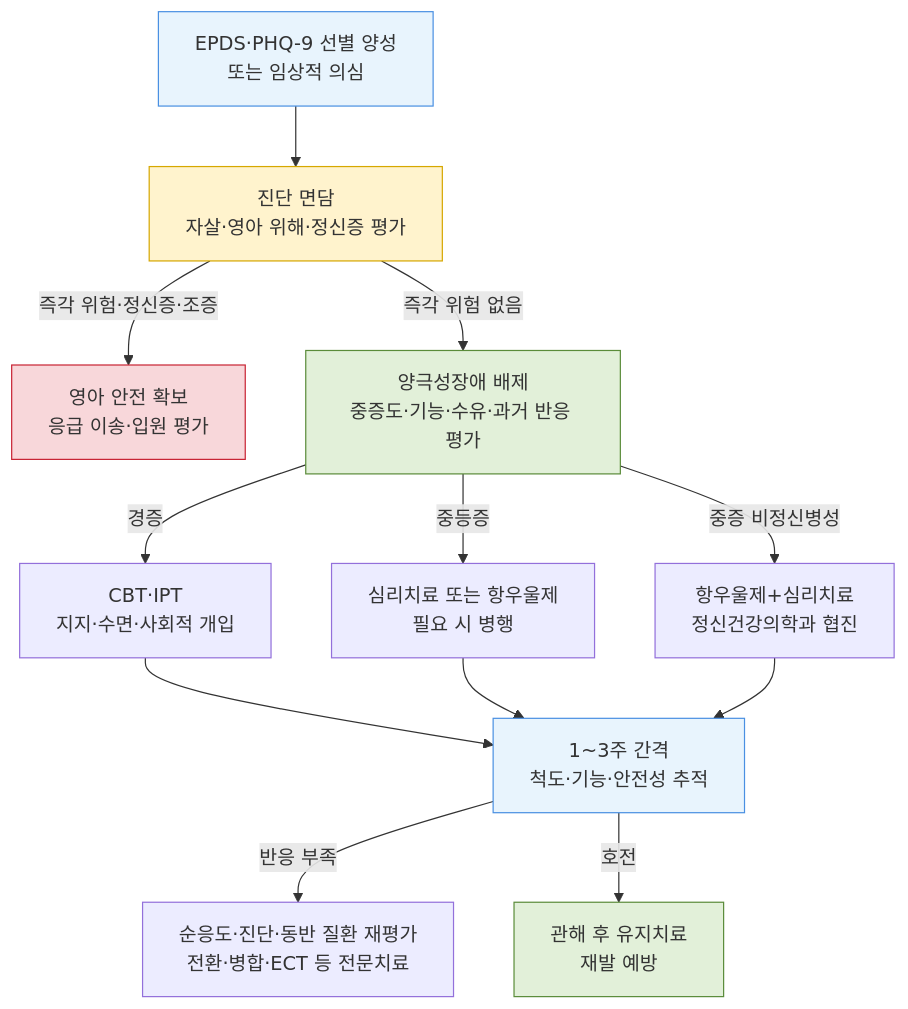
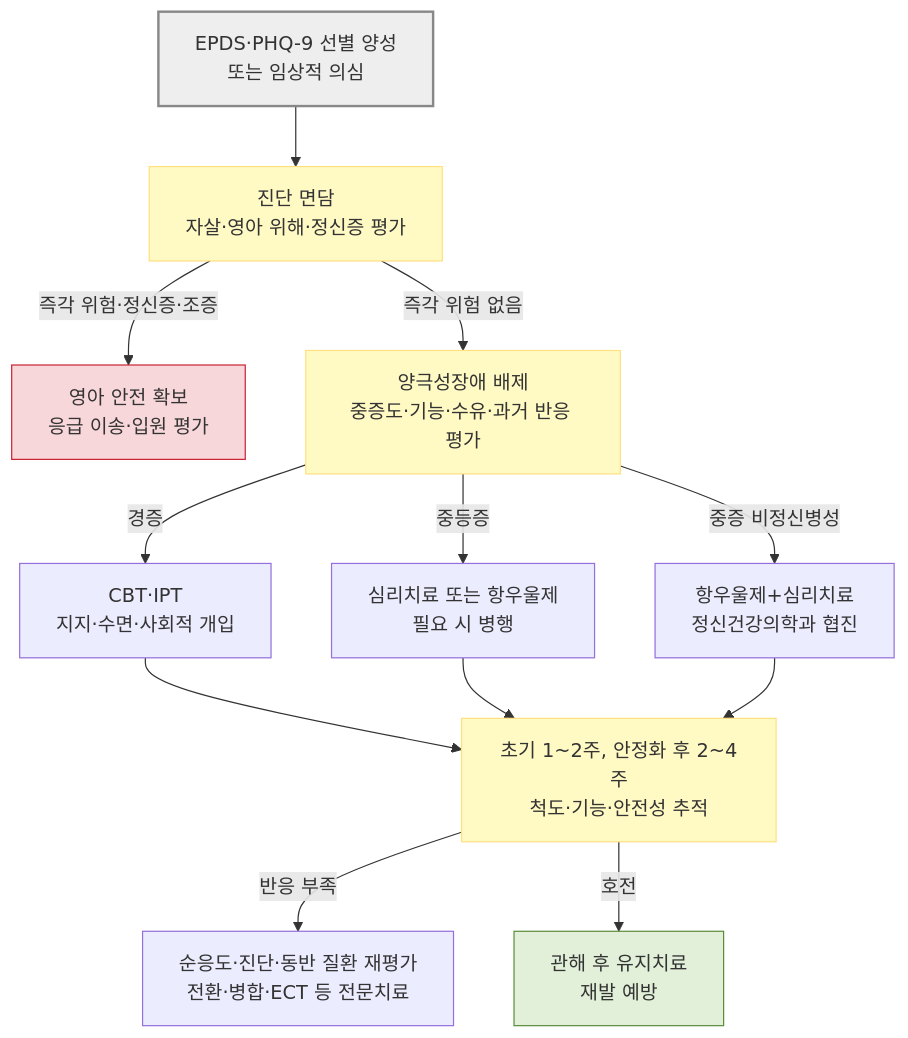
The diagram in 221_/028_-postpartum-depression.md (familyoh77/familyoh77), drawn with Mermaid before and after one commit. The commit also changed other lines of this file, not shown here.

````diff
--- a/221_/028_-postpartum-depression.md
+++ b/221_/028_-postpartum-depression.md
@@ -181,20 +182,20 @@
 ```mermaid
 flowchart TD
     A["EPDS·PHQ-9 선별 양성<br/>또는 임상적 의심"] --> B["진단 면담<br/>자살·영아 위해·정신증 평가"]
     B -->|"즉각 위험·정신증·조증"| C["영아 안전 확보<br/>응급 이송·입원 평가"]
     B -->|"즉각 위험 없음"| D["양극성장애 배제<br/>중증도·기능·수유·과거 반응 평가"]
     D -->|"경증"| E["CBT·IPT<br/>지지·수면·사회적 개입"]
     D -->|"중등증"| F["심리치료 또는 항우울제<br/>필요 시 병행"]
     D -->|"중증 비정신병성"| G["항우울제+심리치료<br/>정신건강의학과 협진"]
-    E --> H["1~3주 간격<br/>척도·기능·안전성 추적"]
+    E --> H["초기 1~2주, 안정화 후 2~4주<br/>척도·기능·안전성 추적"]
     F --> H
     G --> H
     H -->|"반응 부족"| I["순응도·진단·동반 질환 재평가<br/>전환·병합·ECT 등 전문치료"]
     H -->|"호전"| J["관해 후 유지치료<br/>재발 예방"]
-    style A fill:#E8F4FD,stroke:#4A90E2
-    style B fill:#FFF3CD,stroke:#D6A700
+    style A fill:#eeeeee,stroke:#888888,stroke-width:2px
+    style B fill:#fff9c4,stroke:#ffe082
     style C fill:#F8D7DA,stroke:#C82333
-    style D fill:#E2F0D9,stroke:#5B8C3A
-    style H fill:#E8F4FD,stroke:#4A90E2
+    style D fill:#fff9c4,stroke:#ffe082
+    style H fill:#fff9c4,stroke:#ffe082
     style J fill:#E2F0D9,stroke:#5B8C3A
 ```
````
